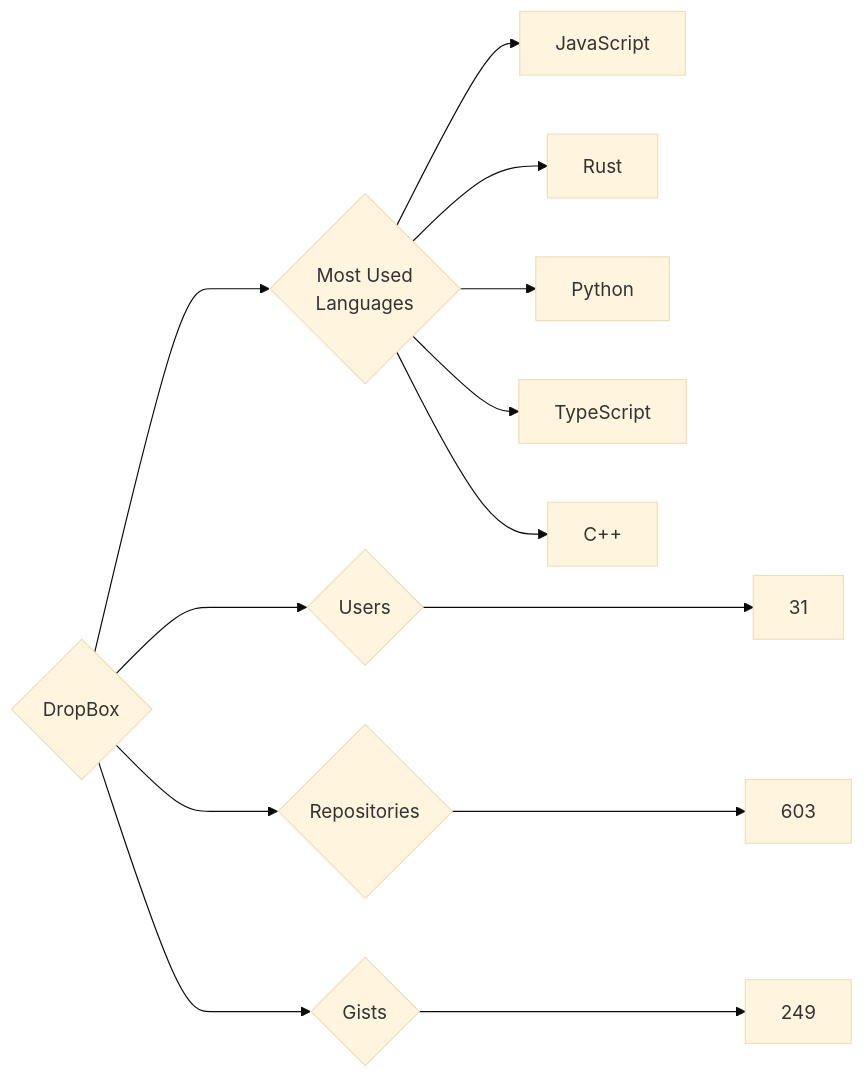
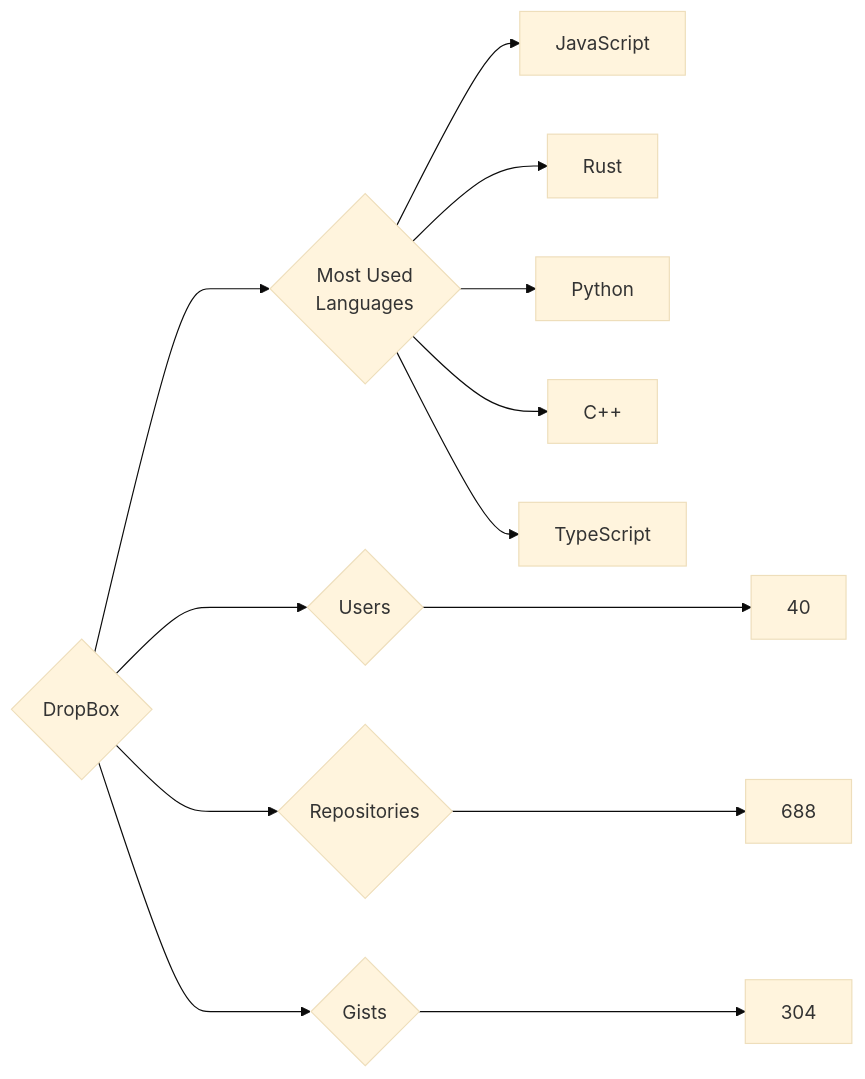
The diagram in targets/DropBox/README.md (trickest/insiders), drawn with Mermaid (base theme) before and after one commit. The commit also changed 757 other files, not shown here.

````diff
--- a/targets/DropBox/README.md
+++ b/targets/DropBox/README.md
@@ -3,13 +3,13 @@
 ```mermaid
 graph LR
 COMPANY_NAME{DropBox}
-COMPANY_NAME ---> U{Users} ---> UN[31]
-COMPANY_NAME ---> R{Repositories} ---> RN[603]
-COMPANY_NAME ---> G{Gists} ---> GN[249]
+COMPANY_NAME ---> U{Users} ---> UN[40]
+COMPANY_NAME ---> R{Repositories} ---> RN[688]
+COMPANY_NAME ---> G{Gists} ---> GN[304]
 COMPANY_NAME ---> ML{Most Used<br>Languages}
 ML --> JavaScript[JavaScript]
 ML --> Rust[Rust]
 ML --> Python[Python]
+ML --> C++[C++]
 ML --> TypeScript[TypeScript]
-ML --> C++[C++]
 ```
````
